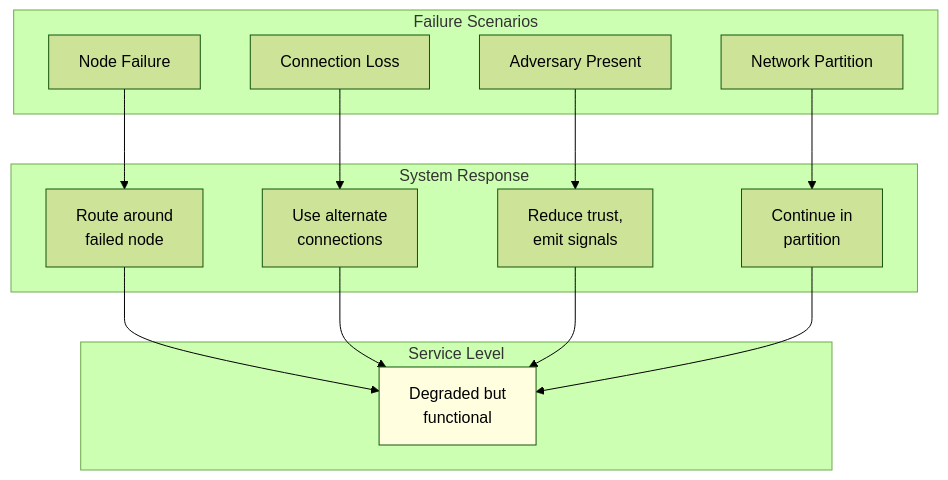
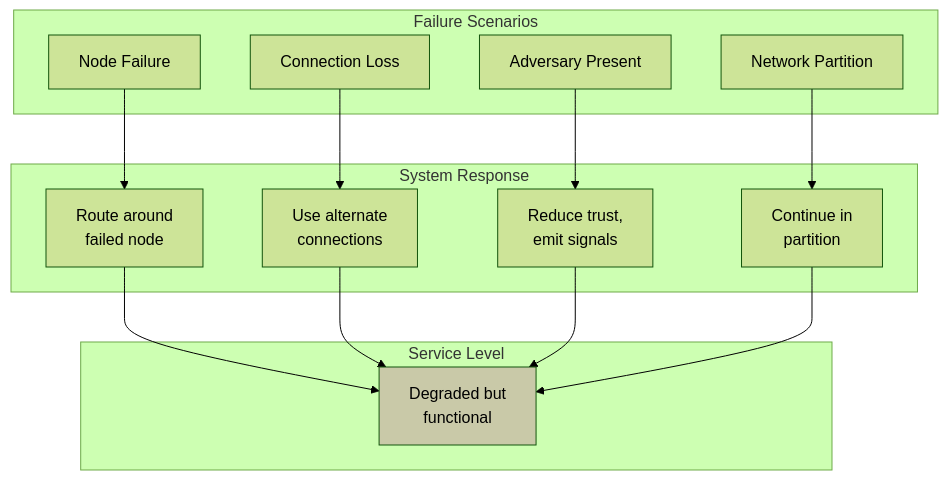
The eighth of 10 diagrams in docs/concepts/core-principles.md (ScopeCreep-zip/Symbiont), drawn with Mermaid (forest theme) before and after one commit. The commit also changed other lines of this file and 17 other files, not shown here.

Commit message:
update to diagram colors

````diff
--- a/docs/concepts/core-principles.md
+++ b/docs/concepts/core-principles.md
@@ -336,32 +336,32 @@
 ```mermaid
 graph TB
     subgraph "Failure Scenarios"
         F1[Node Failure]
         F2[Connection Loss]
         F3[Adversary Present]
         F4[Network Partition]
     end
 
     subgraph "System Response"
         R1[Route around<br/>failed node]
         R2[Use alternate<br/>connections]
         R3[Reduce trust,<br/>emit signals]
         R4[Continue in<br/>partition]
     end
 
     F1 --> R1
     F2 --> R2
     F3 --> R3
     F4 --> R4
 
     subgraph "Service Level"
         S1[Degraded but<br/>functional]
     end
 
     R1 --> S1
     R2 --> S1
     R3 --> S1
     R4 --> S1
 
-    style S1 fill:#FFFFE0
+    style S1 fill:#c9c9a8
 ```
````
